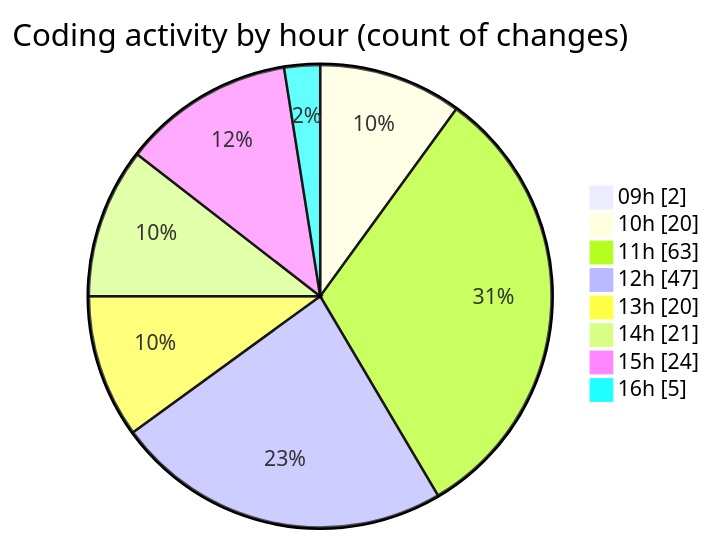
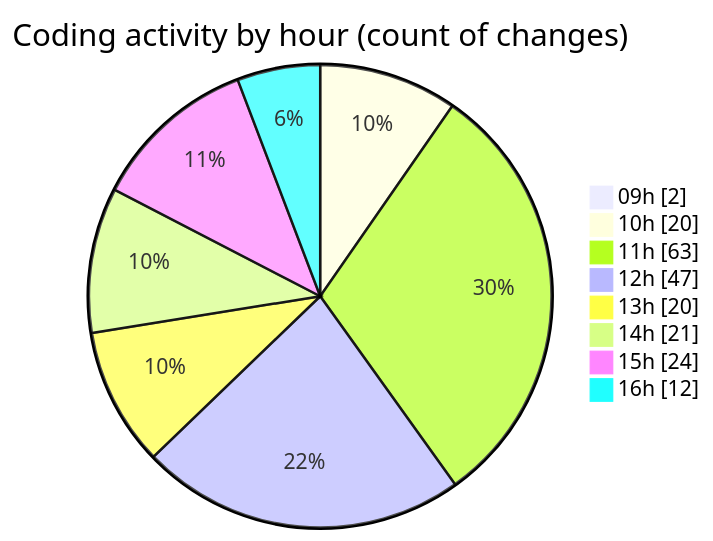
Before and after one commit to momahboobian/code-tracking: the second of 2 diagrams in 2025-04-08/cda/README.md, drawn with Mermaid. The commit also changed other lines of this file and 1 other file, not shown here.

````diff
--- a/2025-04-08/cda/README.md
+++ b/2025-04-08/cda/README.md
@@ -42,12 +42,12 @@
 ```mermaid
 pie showData
 title Coding activity by hour (count of changes)
 "09h" : 2
 "10h" : 20
 "11h" : 63
 "12h" : 47
 "13h" : 20
 "14h" : 21
 "15h" : 24
-"16h" : 5
+"16h" : 12
 ```
````
